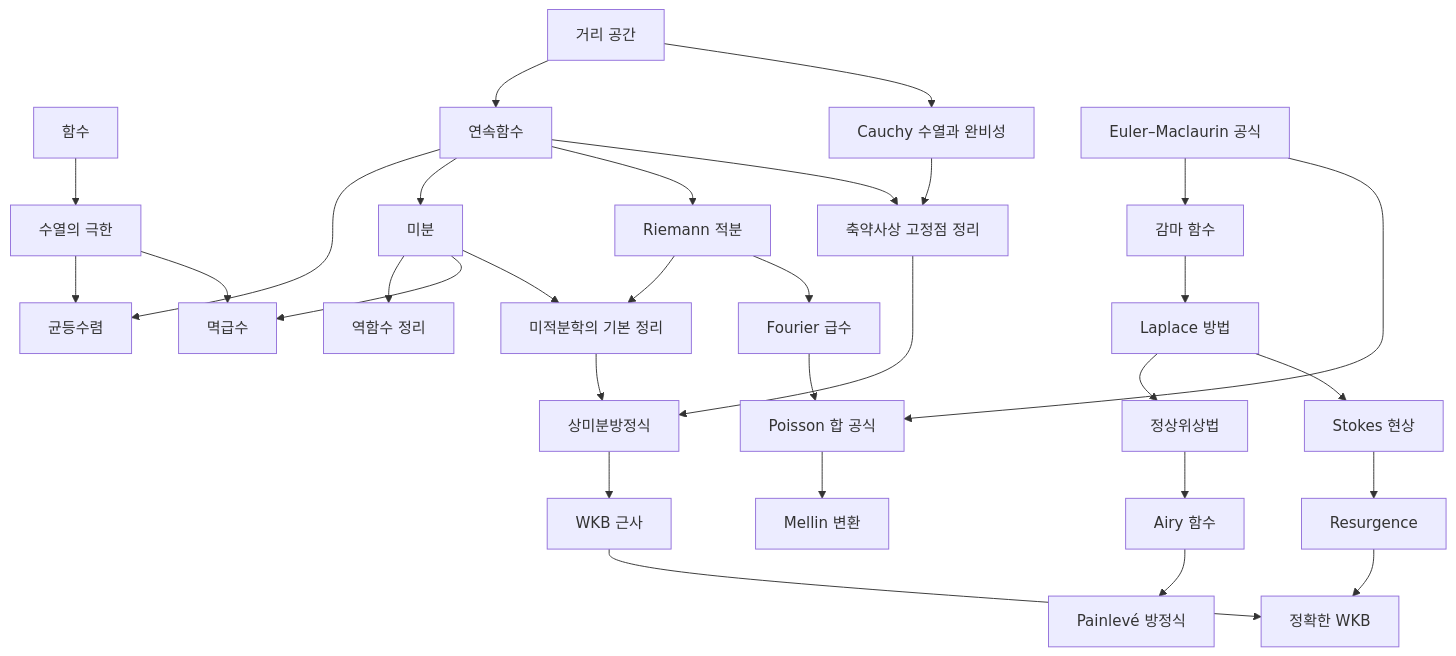
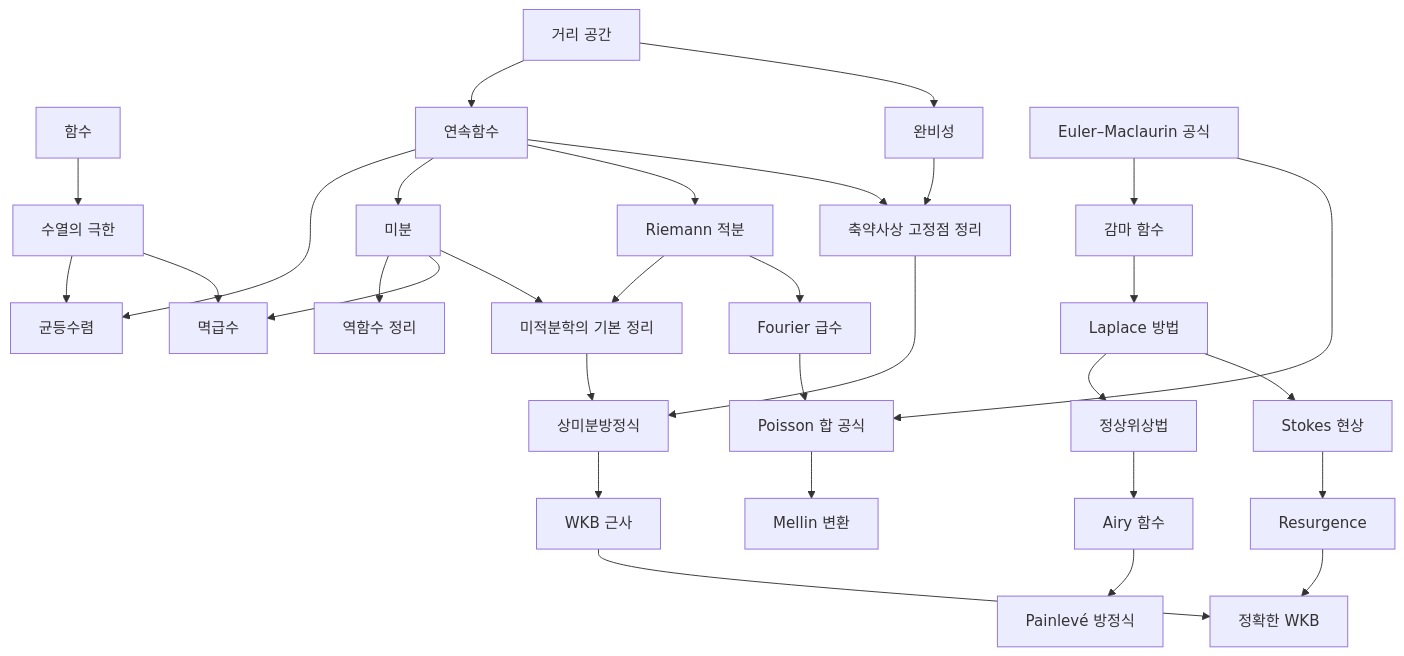
Before and after one commit to Phryxia/math-map: the diagram in docs/analysis-overview.md, drawn with Mermaid. The commit also changed other lines of this file and 8 other files, not shown here.

````diff
--- a/docs/analysis-overview.md
+++ b/docs/analysis-overview.md
@@ -13,33 +13,33 @@
 ```mermaid
 graph TD
   FN["함수"] --> LM["수열의 극한"]
   MS["거리 공간"] --> CT["연속함수"]
-  MS --> CM["Cauchy 수열과 완비성"]
+  MS --> CM["완비성"]
   LM --> UC["균등수렴"]
   CT --> UC
   CT --> DV["미분"]
   DV --> IF["역함수 정리"]
   CT --> RI["Riemann 적분"]
   LM --> PS["멱급수"]
   DV --> PS
   DV --> FC["미적분학의 기본 정리"]
   RI --> FC
   CM --> BF["축약사상 고정점 정리"]
   CT --> BF
   BF --> OD["상미분방정식"]
   FC --> OD
   RI --> FS["Fourier 급수"]
   FS --> PSm["Poisson 합 공식"]
   PSm --> MT["Mellin 변환"]
   EM["Euler–Maclaurin 공식"] --> GM["감마 함수"]
   EM --> PSm
   GM --> LP["Laplace 방법"]
   LP --> SP["정상위상법"]
   LP --> ST["Stokes 현상"]
   ST --> RS["Resurgence"]
   SP --> AF["Airy 함수"]
   AF --> PE["Painlevé 방정식"]
   OD --> WK["WKB 근사"]
   WK --> EW["정확한 WKB"]
   RS --> EW
 ```
````
